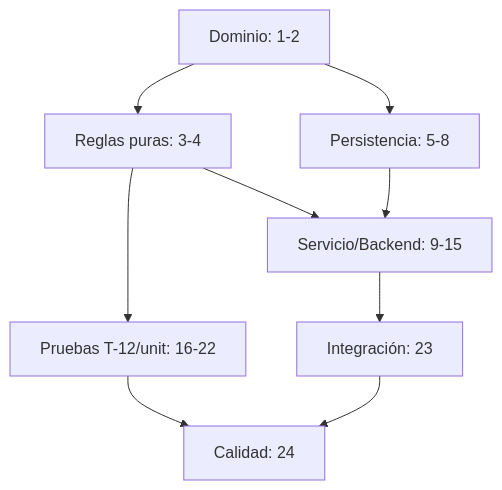
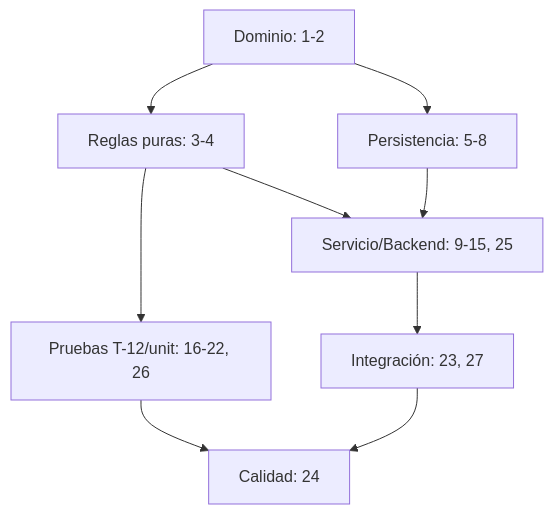
One commit to melyssaS/guardian-hogar-v2 changed the diagram in specs/002-safety-guardian/tasks.md. Above: the diagram before and after it, drawn with Mermaid. The commit also changed other lines of this file and 2 other files, not shown here.

````diff
--- a/specs/002-safety-guardian/tasks.md
+++ b/specs/002-safety-guardian/tasks.md
@@ -66,11 +73,11 @@
 ```mermaid
 graph TD
   W0[Dominio: 1-2] --> W1[Reglas puras: 3-4]
   W0 --> W2[Persistencia: 5-8]
-  W1 --> W3[Servicio/Backend: 9-15]
+  W1 --> W3[Servicio/Backend: 9-15, 25]
   W2 --> W3
-  W1 --> W4[Pruebas T-12/unit: 16-22]
-  W3 --> W5[Integración: 23]
+  W1 --> W4[Pruebas T-12/unit: 16-22, 26]
+  W3 --> W5[Integración: 23, 27]
   W4 --> W6[Calidad: 24]
   W5 --> W6
 ```
````
